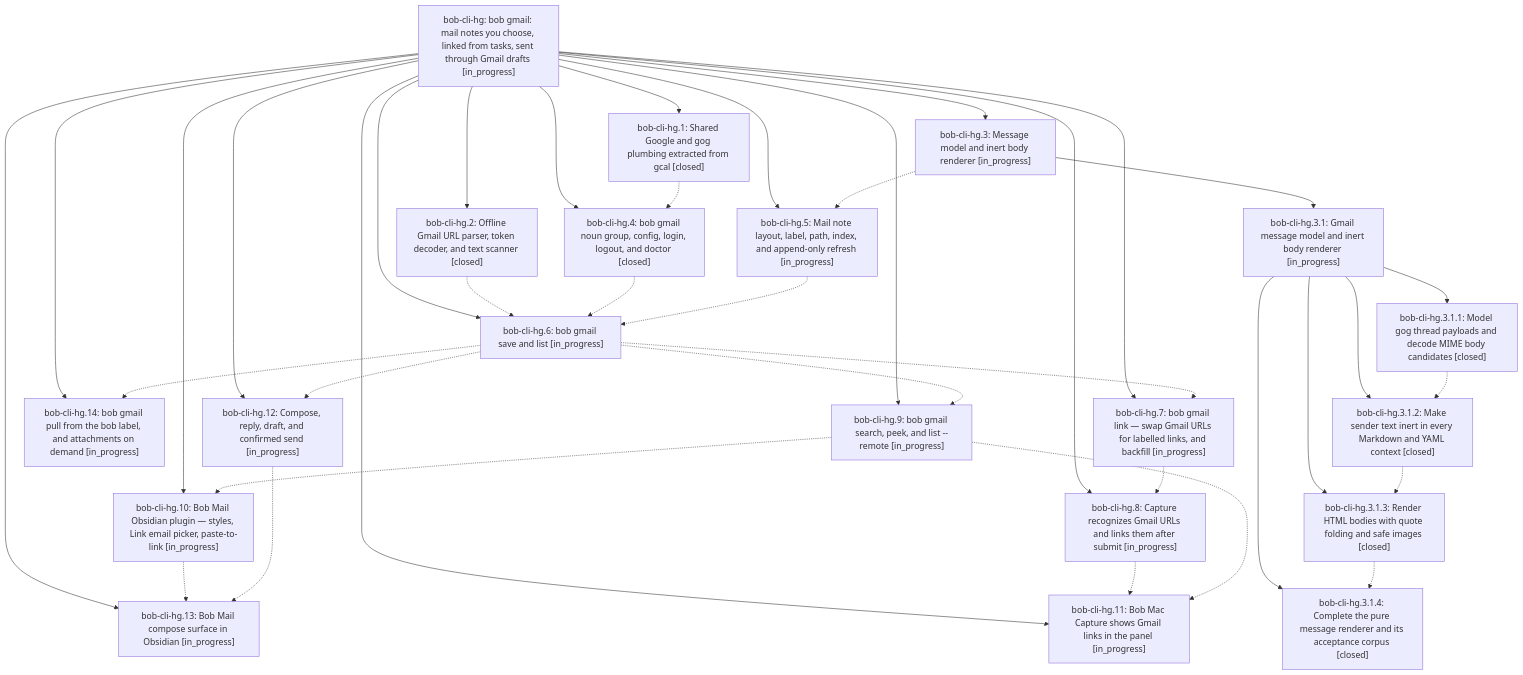
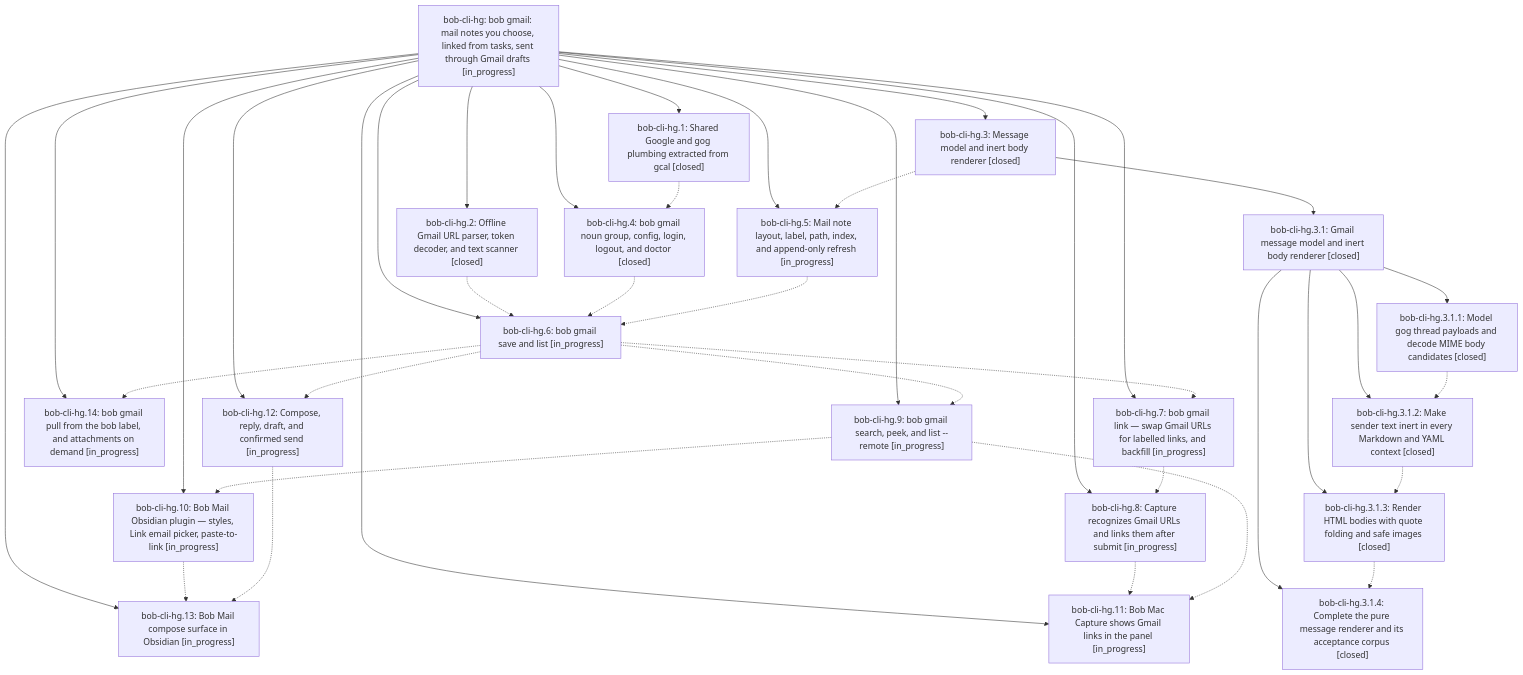
Before and after one commit to bobs-org/bob-cli--beads: the diagram in pages/bob-cli-hg/README.md, drawn with Mermaid. The commit also changed other lines of this file and 4 other files, not shown here.

First line of the commit message:
chore(beads): sync bead state and pages for bob-cli-hg

````diff
--- a/pages/bob-cli-hg/README.md
+++ b/pages/bob-cli-hg/README.md
@@ -53,60 +55,60 @@
 ```mermaid
 flowchart TD
     n0["bob-cli-hg: bob gmail: mail notes you choose, linked from tasks, sent through Gmail drafts [in_progress]"]
     n1["bob-cli-hg.1: Shared Google and gog plumbing extracted from gcal [closed]"]
     n2["bob-cli-hg.10: Bob Mail Obsidian plugin — styles, Link email picker, paste-to-link [in_progress]"]
     n3["bob-cli-hg.11: Bob Mac Capture shows Gmail links in the panel [in_progress]"]
     n4["bob-cli-hg.12: Compose, reply, draft, and confirmed send [in_progress]"]
     n5["bob-cli-hg.13: Bob Mail compose surface in Obsidian [in_progress]"]
     n6["bob-cli-hg.14: bob gmail pull from the bob label, and attachments on demand [in_progress]"]
     n7["bob-cli-hg.2: Offline Gmail URL parser, token decoder, and text scanner [closed]"]
-    n8["bob-cli-hg.3: Message model and inert body renderer [in_progress]"]
-    n9["bob-cli-hg.3.1: Gmail message model and inert body renderer [in_progress]"]
+    n8["bob-cli-hg.3: Message model and inert body renderer [closed]"]
+    n9["bob-cli-hg.3.1: Gmail message model and inert body renderer [closed]"]
     n10["bob-cli-hg.3.1.1: Model gog thread payloads and decode MIME body candidates [closed]"]
     n11["bob-cli-hg.3.1.2: Make sender text inert in every Markdown and YAML context [closed]"]
     n12["bob-cli-hg.3.1.3: Render HTML bodies with quote folding and safe images [closed]"]
     n13["bob-cli-hg.3.1.4: Complete the pure message renderer and its acceptance corpus [closed]"]
     n14["bob-cli-hg.4: bob gmail noun group, config, login, logout, and doctor [closed]"]
     n15["bob-cli-hg.5: Mail note layout, label, path, index, and append-only refresh [in_progress]"]
     n16["bob-cli-hg.6: bob gmail save and list [in_progress]"]
     n17["bob-cli-hg.7: bob gmail link — swap Gmail URLs for labelled links, and backfill [in_progress]"]
     n18["bob-cli-hg.8: Capture recognizes Gmail URLs and links them after submit [in_progress]"]
     n19["bob-cli-hg.9: bob gmail search, peek, and list --remote [in_progress]"]
     n0 --> n1
     n0 --> n2
     n0 --> n3
     n0 --> n4
     n0 --> n5
     n0 --> n6
     n0 --> n7
     n0 --> n8
     n8 --> n9
     n9 --> n10
     n9 --> n11
     n9 --> n12
     n9 --> n13
     n0 --> n14
     n0 --> n15
     n0 --> n16
     n0 --> n17
     n0 --> n18
     n0 --> n19
     n1 -.-> n14
     n2 -.-> n5
     n4 -.-> n5
     n7 -.-> n16
     n8 -.-> n15
     n10 -.-> n11
     n11 -.-> n12
     n12 -.-> n13
     n14 -.-> n16
     n15 -.-> n16
     n16 -.-> n4
     n16 -.-> n6
     n16 -.-> n17
     n16 -.-> n19
     n17 -.-> n18
     n18 -.-> n3
     n19 -.-> n2
     n19 -.-> n3
 ```
````
